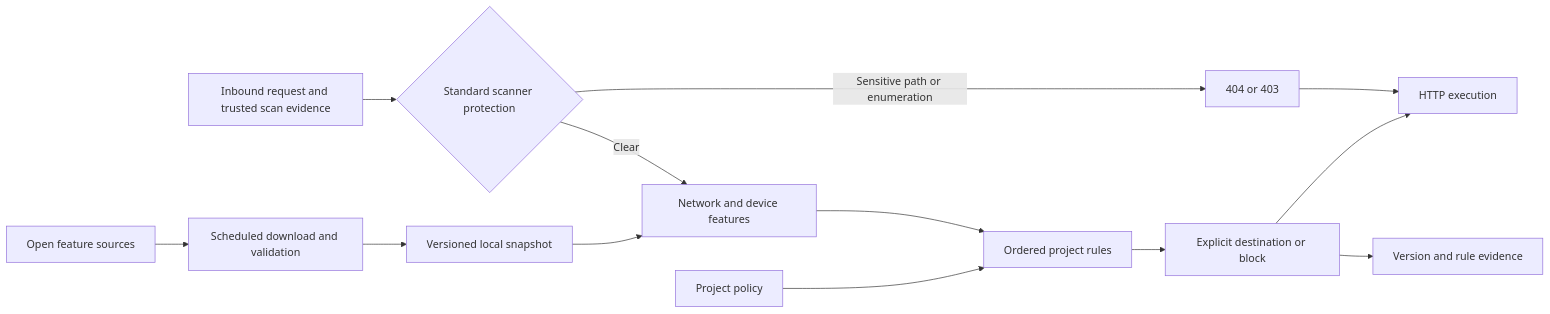
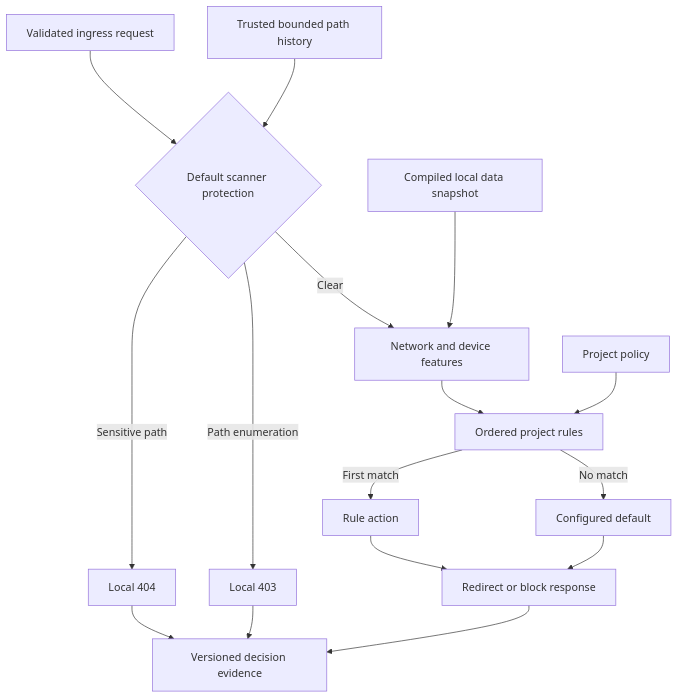
One commit to imphillip/radixing-traffic-engine changed the first of 2 diagrams in README.md. Above: the diagram before and after it, drawn with Mermaid. The commit also changed other lines of this file and 7 other files, not shown here.

Commit message:
docs: explain TDS data lifecycle and deployment architecture

````diff
--- a/README.md
+++ b/README.md
@@ -12,15 +23,18 @@
 ```mermaid
-flowchart LR
-  Sources[Open feature sources] --> Update[Scheduled download and validation]
-  Update --> Snapshot[Versioned local snapshot]
-  Request[Inbound request and trusted scan evidence] --> Guard{Standard scanner protection}
+flowchart TB
+  Request[Validated ingress request] --> Guard{Default scanner protection}
   Guard -->|Clear| Features[Network and device features]
-  Guard -->|Sensitive path or enumeration| Block[404 or 403]
-  Block --> HTTP
-  Snapshot --> Features
+  Guard -->|Sensitive path| NotFound[Local 404]
+  Guard -->|Path enumeration| Forbidden[Local 403]
+  Snapshot[Compiled local data snapshot] --> Features
+  History[Trusted bounded path history] --> Guard
   Features --> Rules[Ordered project rules]
   Policy[Project policy] --> Rules
-  Rules --> Decision[Explicit destination or block]
-  Decision --> HTTP[HTTP execution]
-  Decision --> Audit[Version and rule evidence]
+  Rules -->|First match| Action[Rule action]
+  Rules -->|No match| Default[Configured default]
+  Action --> HTTP[Redirect or block response]
+  Default --> HTTP
+  NotFound --> Audit[Versioned decision evidence]
+  Forbidden --> Audit
+  HTTP --> Audit
 ```
````
